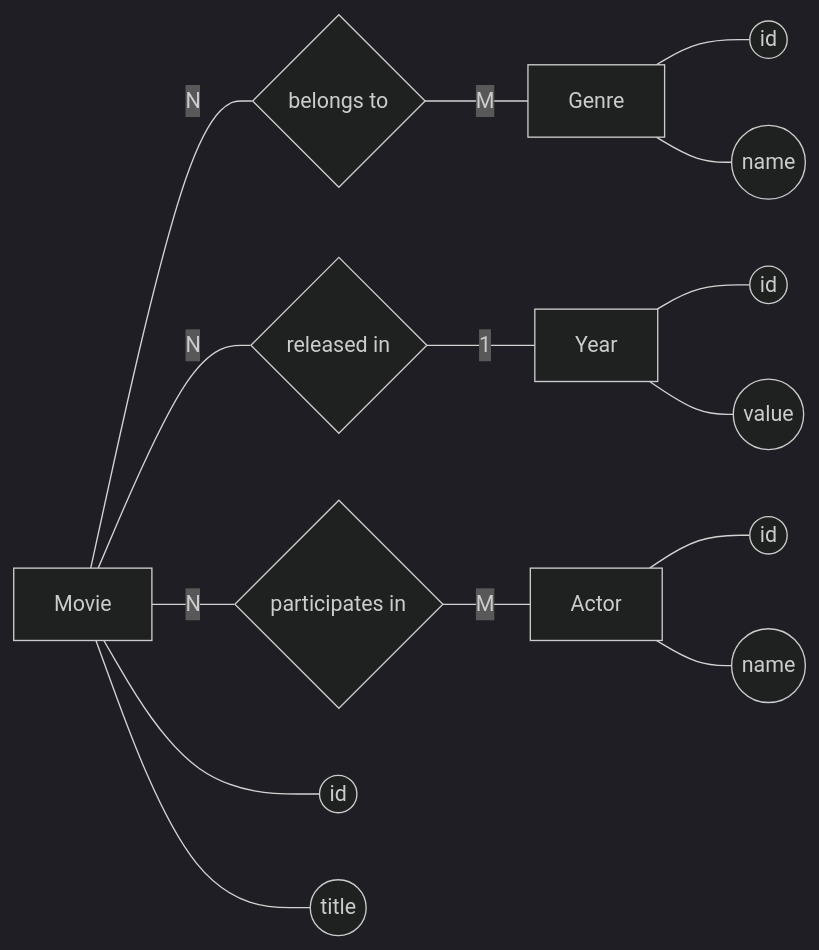
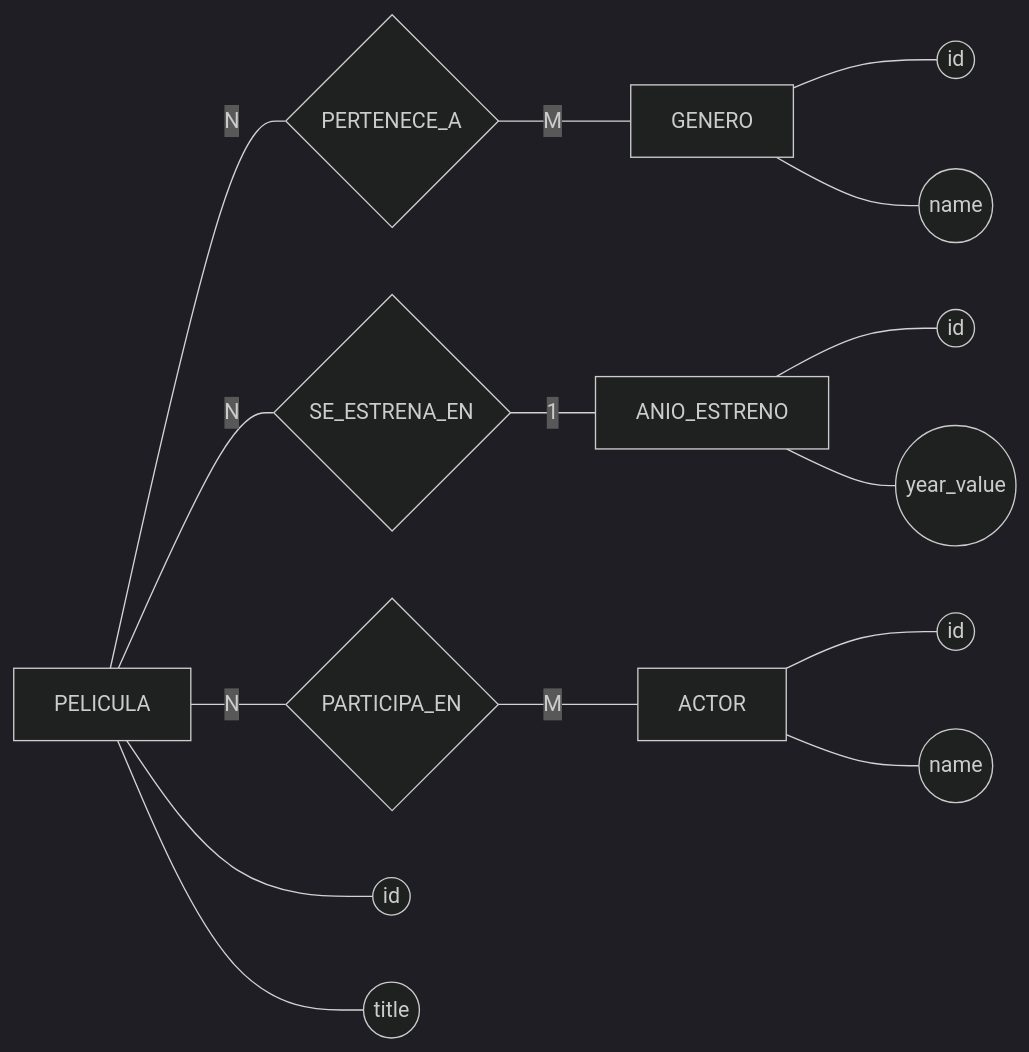
The diagram in docs/diagrama-chen.mmd (zookatt/api-movie), drawn with Mermaid (dark theme) before and after one commit. The commit also changed 1 other file, not shown here.

Commit message:
docs(database): update relationship diagrams

```diff
--- a/docs/diagrama-chen.mmd
+++ b/docs/diagrama-chen.mmd
@@ -1,36 +1,36 @@
 flowchart LR
-    MOVIE[Movie]
-    GENRE[Genre]
-    YEAR[Year]
-    ACTOR[Actor]
+    MOVIE[PELICULA]
+    GENRE[GENERO]
+    RELEASE_YEAR[ANIO_ESTRENO]
+    ACTOR[ACTOR]
 
-    MOVIE_GENRE{belongs to} 
-    MOVIE_YEAR{released in}
-    MOVIE_ACTOR{participates in}
+    MOVIE_GENRE{PERTENECE_A}
+    MOVIE_YEAR{SE_ESTRENA_EN}
+    MOVIE_ACTOR{PARTICIPA_EN}
 
     MOVIE ---|N| MOVIE_GENRE
     MOVIE_GENRE ---|M| GENRE
 
     MOVIE ---|N| MOVIE_YEAR
-    MOVIE_YEAR ---|1| YEAR
+    MOVIE_YEAR ---|1| RELEASE_YEAR
 
     MOVIE ---|N| MOVIE_ACTOR
     MOVIE_ACTOR ---|M| ACTOR
 
     MOVIE_ID((id))
     MOVIE_TITLE((title))
     GENRE_ID((id))
     GENRE_NAME((name))
-    YEAR_ID((id))
-    YEAR_VALUE((value))
+    RELEASE_YEAR_ID((id))
+    RELEASE_YEAR_VALUE((year_value))
     ACTOR_ID((id))
     ACTOR_NAME((name))
 
     MOVIE --- MOVIE_ID
     MOVIE --- MOVIE_TITLE
     GENRE --- GENRE_ID
     GENRE --- GENRE_NAME
-    YEAR --- YEAR_ID
-    YEAR --- YEAR_VALUE
+    RELEASE_YEAR --- RELEASE_YEAR_ID
+    RELEASE_YEAR --- RELEASE_YEAR_VALUE
     ACTOR --- ACTOR_ID
     ACTOR --- ACTOR_NAME
```
